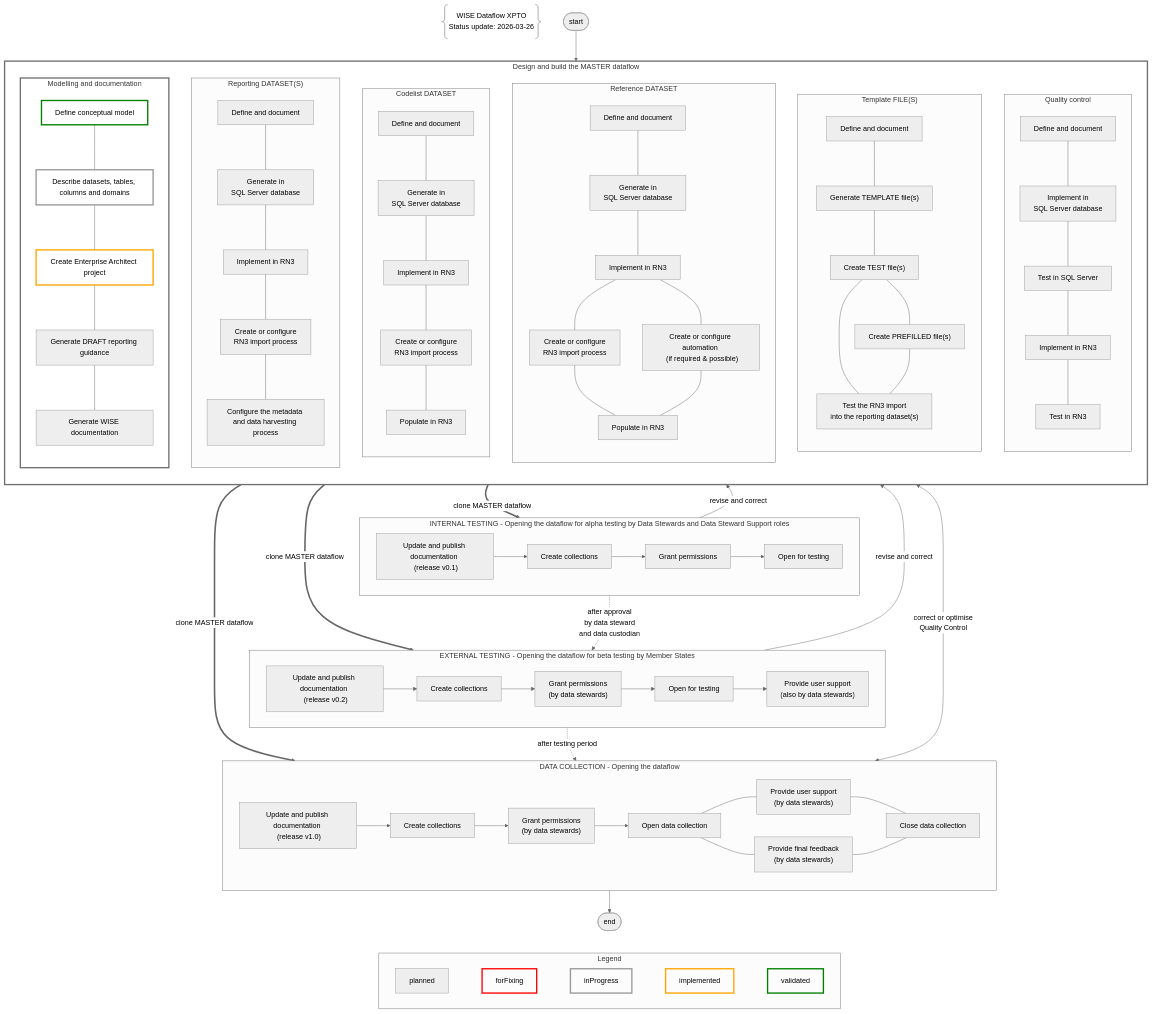
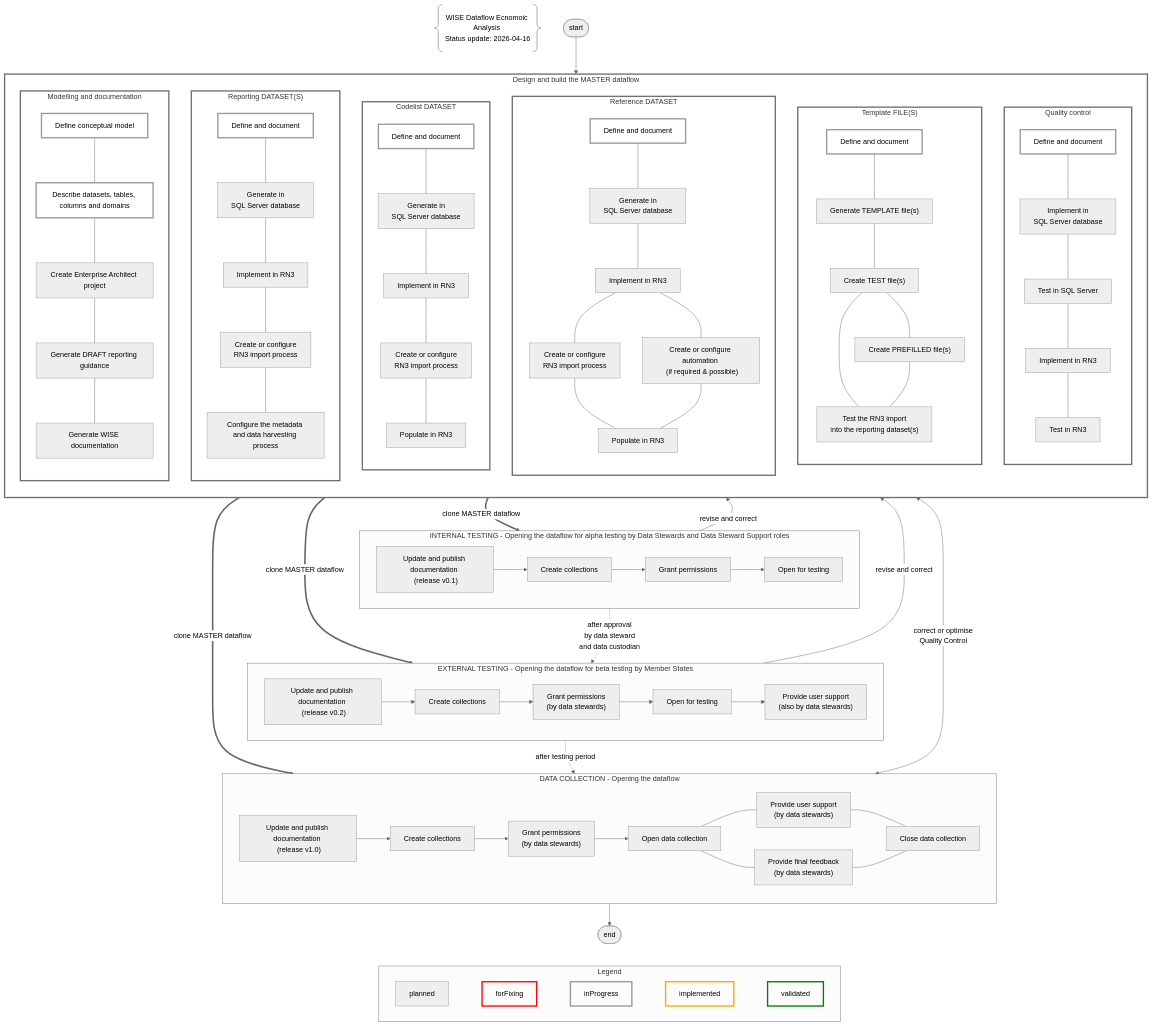
Before and after one commit to eeadata/WISE.WFD.Documentation: the diagram in docs/DataModelReview/WFDEconomicAnalysis.md, drawn with Mermaid. The commit also changed 3 other files, not shown here.

````diff
--- a/docs/DataModelReview/WFDEconomicAnalysis.md
+++ b/docs/DataModelReview/WFDEconomicAnalysis.md
@@ -14,7 +14,7 @@
 flowchart 
 
 %% 
-title@{ shape: braces, label: "WISE Dataflow XPTO \n Status update: 2026-03-26" }
+title@{ shape: braces, label: "WISE Dataflow Ecnomoic Analysis \n Status update: 2026-04-16" }
 
 %% Defining the nodes and overall flow
         
@@ -208,11 +208,20 @@
 classDef final fill:#000,stroke:#aaa,stroke-width:4px
 
 %% STATUS UPDATES
-%% 2026-03-26
+%% 2026-04-16
 class P1 inProgress
 class MD inProgress
+class RepD inProgress
+class CL inProgress
+class RefD inProgress
+class TF inProgress
+class QC inProgress
 
-class MD1 validated;
+class MD1 inProgress;
 class MD2 inProgress;
-class MD3 implemented;
+class RepD1 inProgress;
+class CL1 inProgress;
+class RefD1 inProgress;
+class TF1 inProgress;
+class QC1 inProgress;
 ```
````
